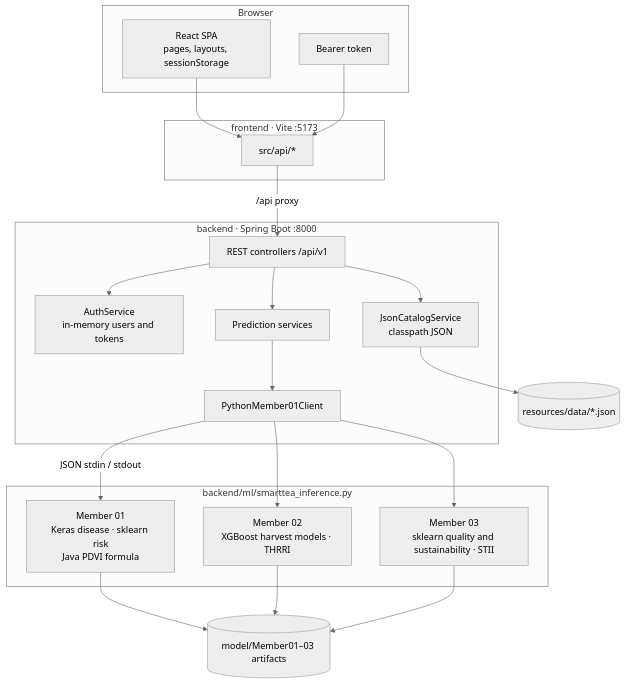
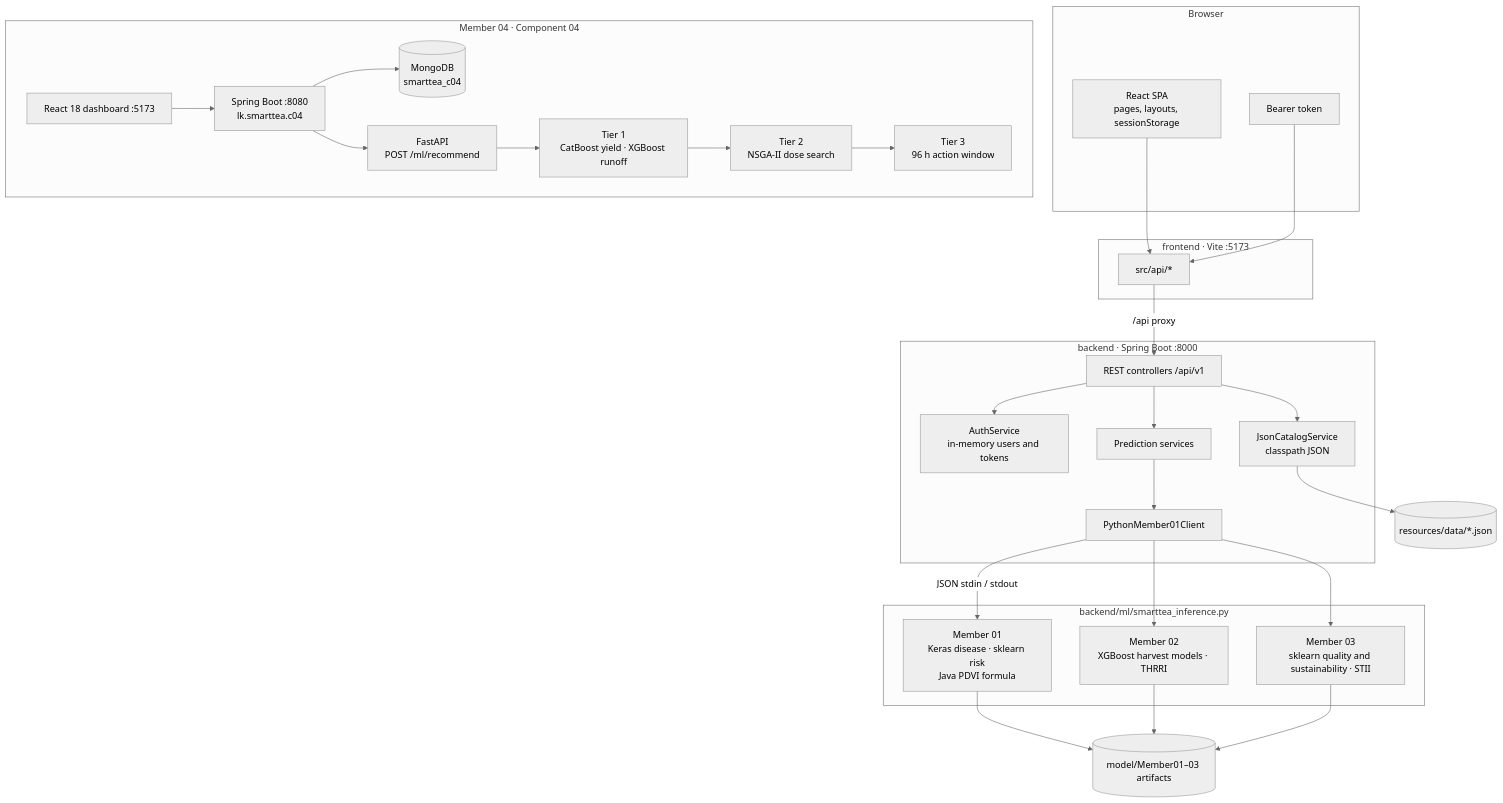
The first of 4 diagrams in README.md (yugensuresh/smarttea-lk-ai), drawn with Mermaid (neutral theme) before and after one commit. The commit also changed other lines of this file, not shown here.

````diff
--- a/README.md
+++ b/README.md
@@ -42,40 +70,55 @@
 ```mermaid
 flowchart TB
   subgraph client [Browser]
     UI["React SPA<br/>pages, layouts, sessionStorage"]
     Token["Bearer token"]
   end
 
   subgraph vite [frontend · Vite :5173]
     Api["src/api/*"]
   end
 
   subgraph spring [backend · Spring Boot :8000]
     Web["REST controllers /api/v1"]
     Auth["AuthService<br/>in-memory users and tokens"]
     Catalog["JsonCatalogService<br/>classpath JSON"]
     Domain["Prediction services"]
     Bridge["PythonMember01Client"]
   end
 
   subgraph python [backend/ml/smarttea_inference.py]
     M1["Member 01<br/>Keras disease · sklearn risk<br/>Java PDVI formula"]
     M2["Member 02<br/>XGBoost harvest models · THRRI"]
     M3["Member 03<br/>sklearn quality and sustainability · STII"]
   end
 
   UI --> Api
   Token --> Api
   Api -->|"/api proxy"| Web
   Web --> Auth
   Web --> Catalog
   Web --> Domain
   Domain --> Bridge
   Bridge -->|"JSON stdin / stdout"| M1
   Bridge --> M2
   Bridge --> M3
   Catalog --> Seeds[("resources/data/*.json")]
   M1 --> Artifacts[("model/Member01–03 artifacts")]
   M2 --> Artifacts
   M3 --> Artifacts
+
+  subgraph member04 [Member 04 · Component 04]
+    Dash4["React 18 dashboard :5173"]
+    Boot4["Spring Boot :8080<br/>lk.smarttea.c04"]
+    Mongo[("MongoDB<br/>smarttea_c04")]
+    Fast["FastAPI<br/>POST /ml/recommend"]
+    T1["Tier 1<br/>CatBoost yield · XGBoost runoff"]
+    T2["Tier 2<br/>NSGA-II dose search"]
+    T3["Tier 3<br/>96 h action window"]
+  end
+
+  Dash4 --> Boot4
+  Boot4 --> Mongo
+  Boot4 --> Fast
+  Fast --> T1 --> T2 --> T3
 ```
````
